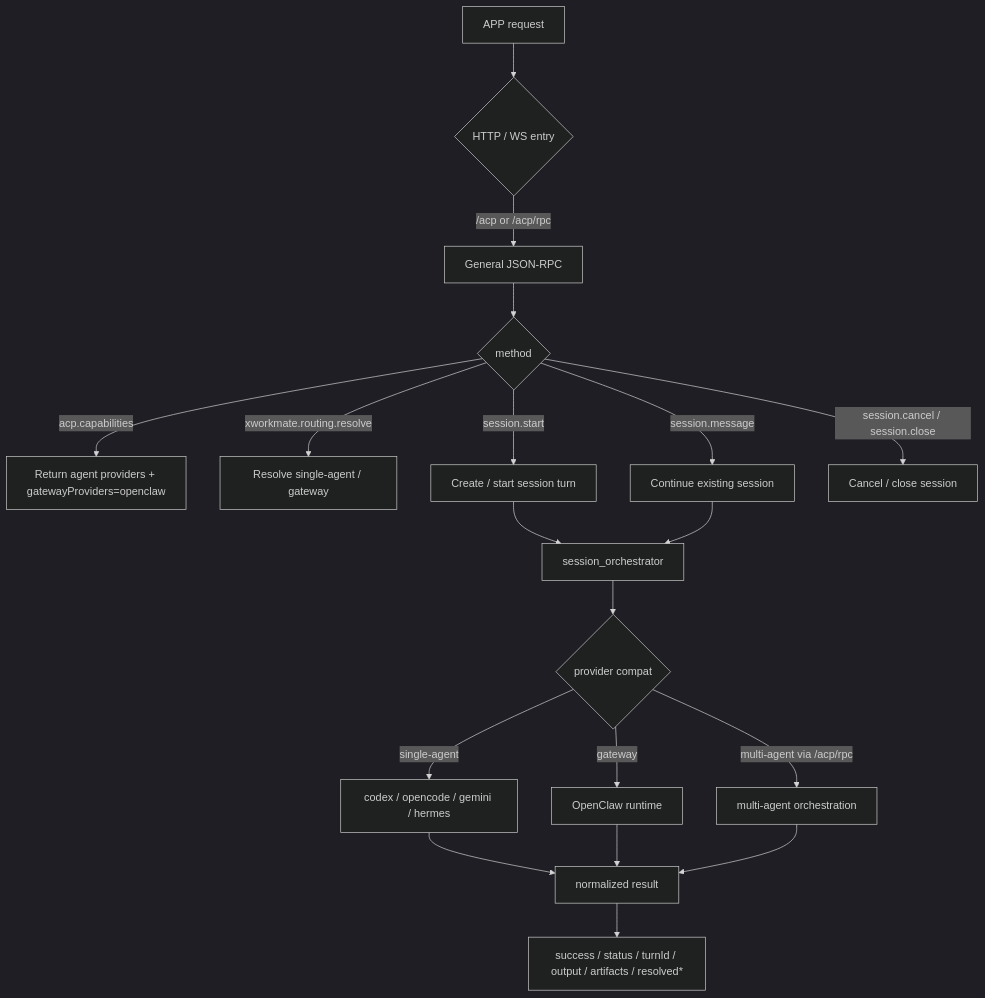
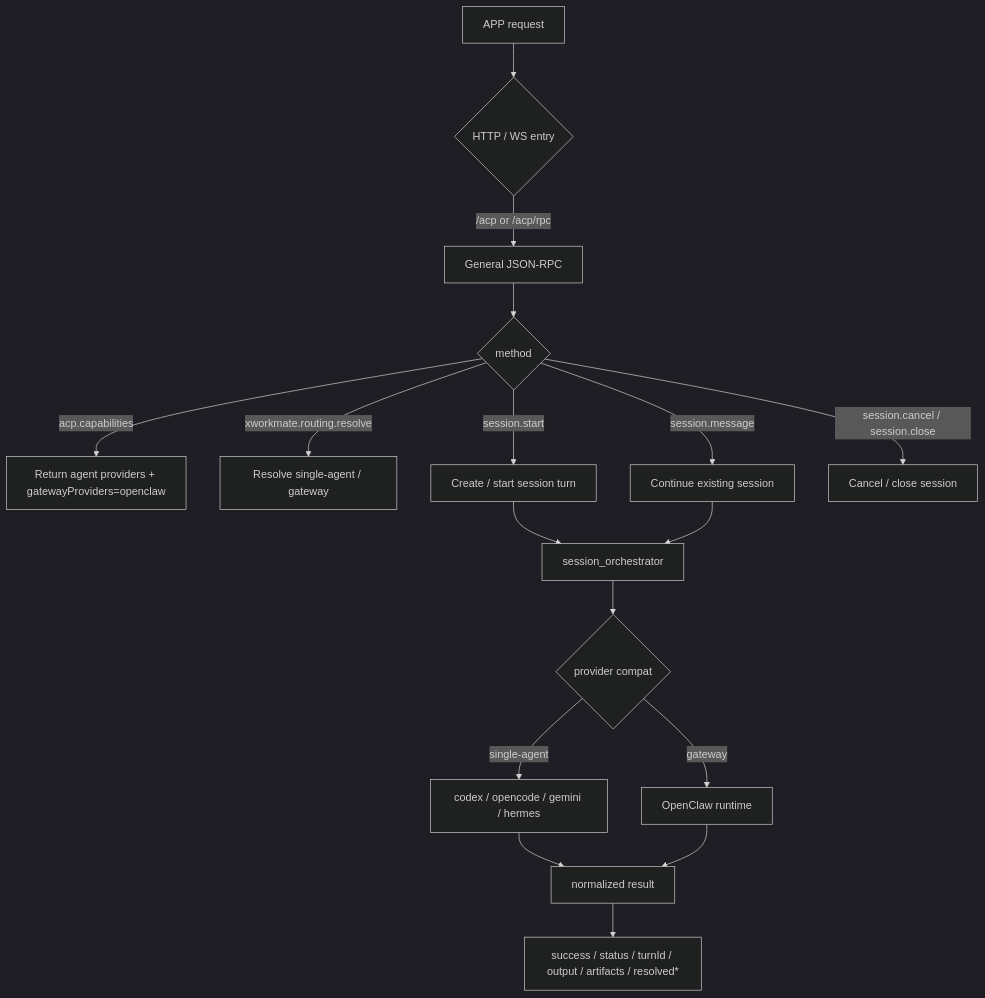
The fifth of 7 diagrams in docs/architecture/cross-repo-task-state-workflow.md (ai-workspace-lab/xworkmate-app), drawn with Mermaid (dark theme) before and after one commit. The commit also changed 12 other files, not shown here.

First line of the commit message:
docs(architecture): fix critical accuracy errors, stale refs, paths

````diff
--- a/docs/architecture/cross-repo-task-state-workflow.md
+++ b/docs/architecture/cross-repo-task-state-workflow.md
@@ -123,24 +123,22 @@
 ```mermaid
 flowchart TD
   REQ["APP request"] --> EP{"HTTP / WS entry"}
   EP -->|/acp or /acp/rpc| RPC["General JSON-RPC"]
 
   RPC --> METHOD{"method"}
   METHOD -->|acp.capabilities| CAP["Return agent providers + gatewayProviders=openclaw"]
   METHOD -->|xworkmate.routing.resolve| ROUTE["Resolve single-agent / gateway"]
   METHOD -->|session.start| START["Create / start session turn"]
   METHOD -->|session.message| MSG["Continue existing session"]
   METHOD -->|session.cancel / session.close| CTRL["Cancel / close session"]
 
   START --> ORCH["session_orchestrator"]
   MSG --> ORCH
   ORCH --> PROVIDER{"provider compat"}
   PROVIDER -->|single-agent| SA["codex / opencode / gemini / hermes"]
   PROVIDER -->|gateway| OCG["OpenClaw runtime"]
-  PROVIDER -->|multi-agent via /acp/rpc| MA["multi-agent orchestration"]
 
   SA --> NORM["normalized result"]
   OCG --> NORM
-  MA --> NORM
   NORM --> OUT["success / status / turnId / output / artifacts / resolved*"]
 ```
````
